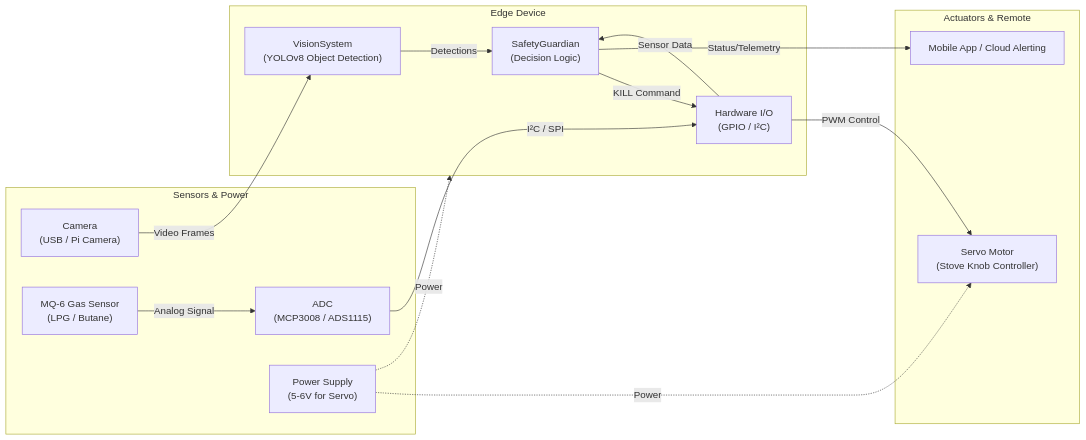
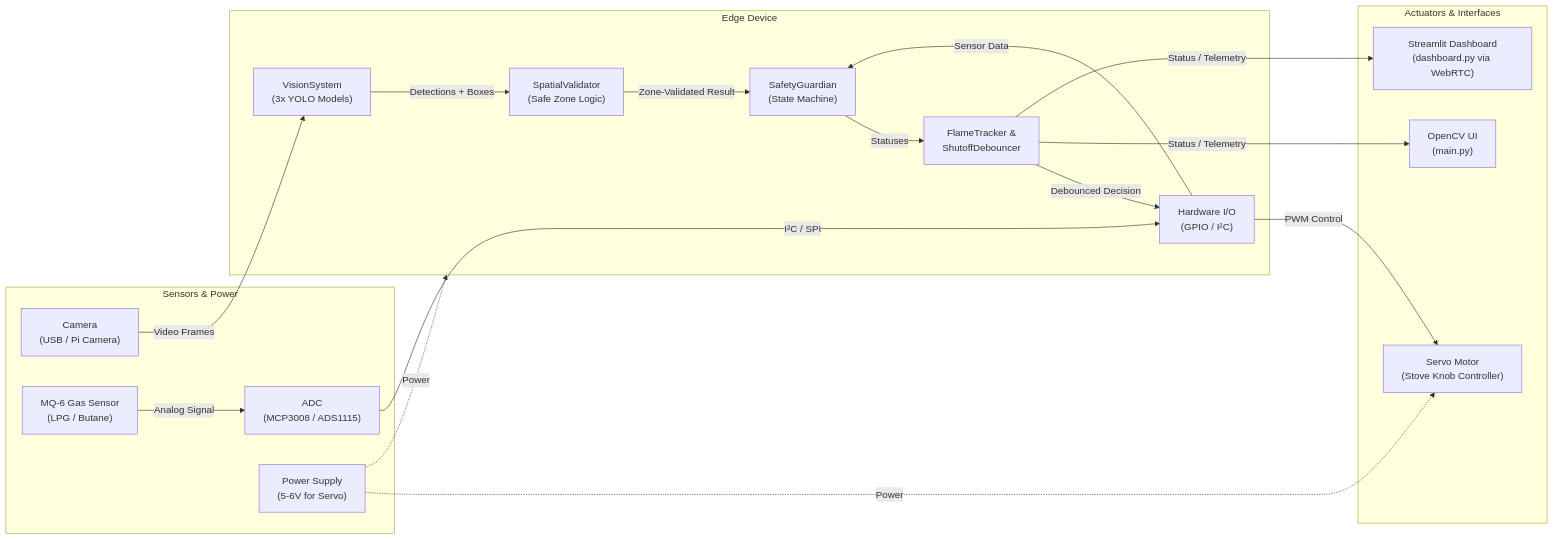
Before and after one commit to mNik033/kitchen-guardian-cv: the first of 4 diagrams in docs/architecture.md, drawn with Mermaid. The commit also changed other lines of this file, not shown here.

First line of the commit message:
docs: update system architecture

````diff
--- a/docs/architecture.md
+++ b/docs/architecture.md
@@ -9,37 +9,43 @@
 ```mermaid
 graph LR
   subgraph Inputs ["Sensors & Power"]
     Camera["Camera<br/>(USB / Pi Camera)"]
     MQ6["MQ-6 Gas Sensor<br/>(LPG / Butane)"]
     ADC["ADC<br/>(MCP3008 / ADS1115)"]
     PSU["Power Supply<br/>(5-6V for Servo)"]
   end
   
   subgraph Edge ["Edge Device"]
     GPIO["Hardware I/O<br/>(GPIO / I²C)"]
-    Vision["VisionSystem<br/>(YOLOv8 Object Detection)"]
-    Safety["SafetyGuardian<br/>(Decision Logic)"]
+    Vision["VisionSystem<br/>(3x YOLO Models)"]
+    Spatial["SpatialValidator<br/>(Safe Zone Logic)"]
+    Safety["SafetyGuardian<br/>(State Machine)"]
+    Temporal["FlameTracker &<br/>ShutoffDebouncer"]
   end
   
-  subgraph Outputs ["Actuators & Remote"]
+  subgraph Outputs ["Actuators & Interfaces"]
     Servo["Servo Motor<br/>(Stove Knob Controller)"]
-    Mobile["Mobile App / Cloud Alerting"]
+    CV_UI["OpenCV UI<br/>(main.py)"]
+    Dashboard["Streamlit Dashboard<br/>(dashboard.py via WebRTC)"]
   end
 
   %% Data Flow
   Camera -->|Video Frames| Vision
   MQ6 -->|Analog Signal| ADC
   ADC -->|I²C / SPI| GPIO
   
+  Vision -->|Detections + Boxes| Spatial
+  Spatial -->|Zone-Validated Result| Safety
   GPIO -->|Sensor Data| Safety
-  Vision -->|Detections| Safety
+  Safety -->|Statuses| Temporal
   
-  Safety -->|KILL Command| GPIO
+  Temporal -->|Debounced Decision| GPIO
   GPIO -->|PWM Control| Servo
   
-  Safety -->|Status/Telemetry| Mobile
+  Temporal -->|Status / Telemetry| CV_UI
+  Temporal -->|Status / Telemetry| Dashboard
   
   %% Power Flow
   PSU -.->|Power| Servo
   PSU -.->|Power| Edge
 ```
````
